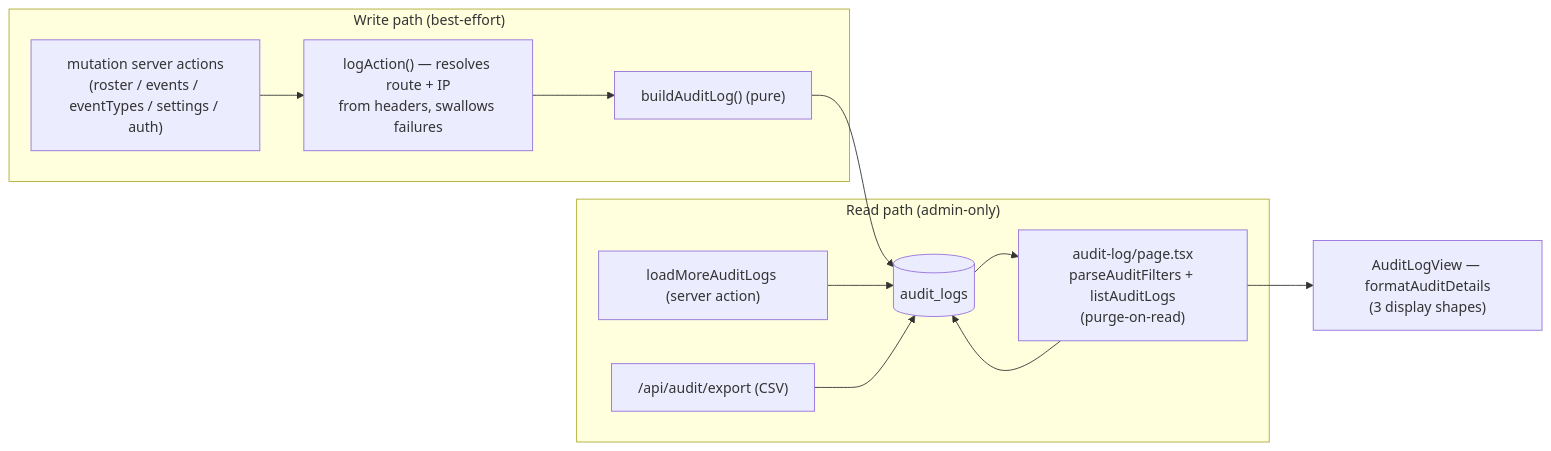
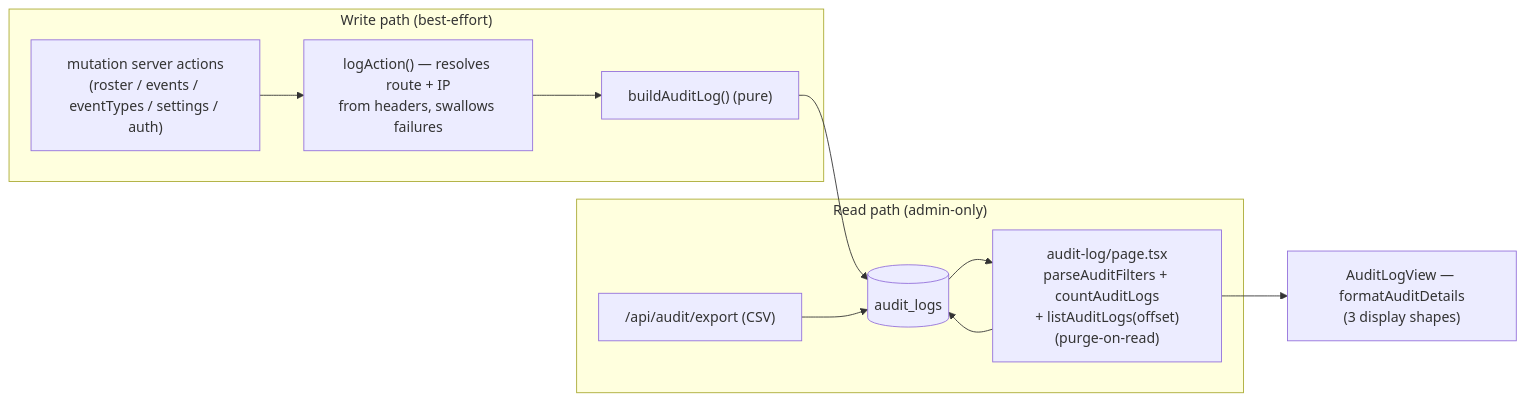
One commit to oncloudnintynineone-source/cloudy2 changed the first of 2 diagrams in docs/audit-log.md. Above: the diagram before and after it, drawn with Mermaid. The commit also changed other lines of this file and 6 other files, not shown here.

Commit message:
Paginate audit log with numbered pages

````diff
--- a/docs/audit-log.md
+++ b/docs/audit-log.md
@@ -68,21 +68,19 @@
 ```mermaid
 flowchart LR
  subgraph WRITE["Write path (best-effort)"]
  M["mutation server actions<br/>(roster / events / eventTypes / settings / auth)"]
  LA["logAction() — resolves route + IP<br/>from headers, swallows failures"]
  BL["buildAuditLog() (pure)"]
  M --> LA --> BL
  end
  DB[("audit_logs")]
  BL --> DB
  subgraph READ["Read path (admin-only)"]
- PG["audit-log/page.tsx<br/>parseAuditFilters + listAuditLogs<br/>(purge-on-read)"]
- LDM["loadMoreAuditLogs (server action)"]
+ PG["audit-log/page.tsx<br/>parseAuditFilters + countAuditLogs<br/>+ listAuditLogs(offset)<br/>(purge-on-read)"]
  EXP["/api/audit/export (CSV)"]
  PG --> DB
- LDM --> DB
  EXP --> DB
  end
  DB --> PG
  PG --> UI["AuditLogView — formatAuditDetails<br/>(3 display shapes)"]
 ```
````
